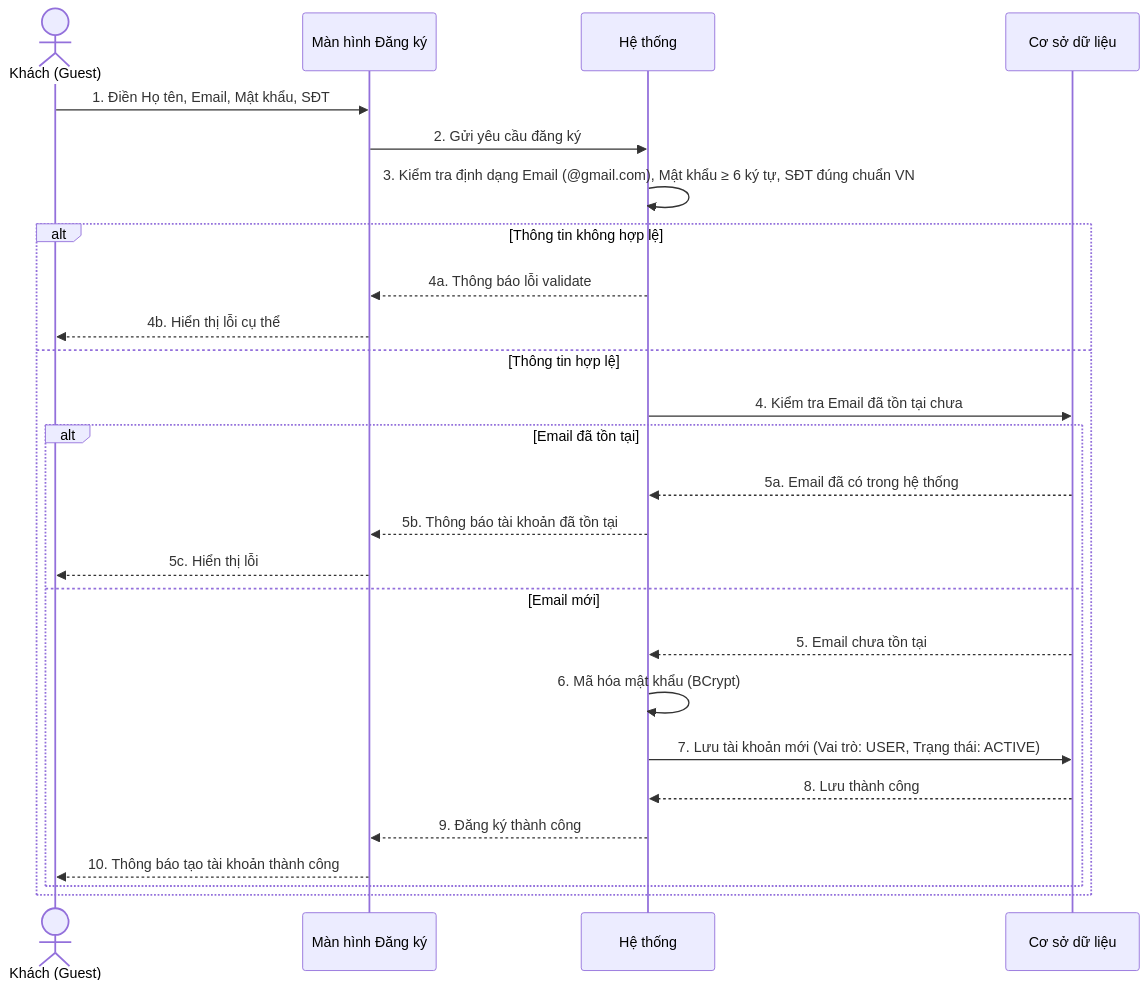
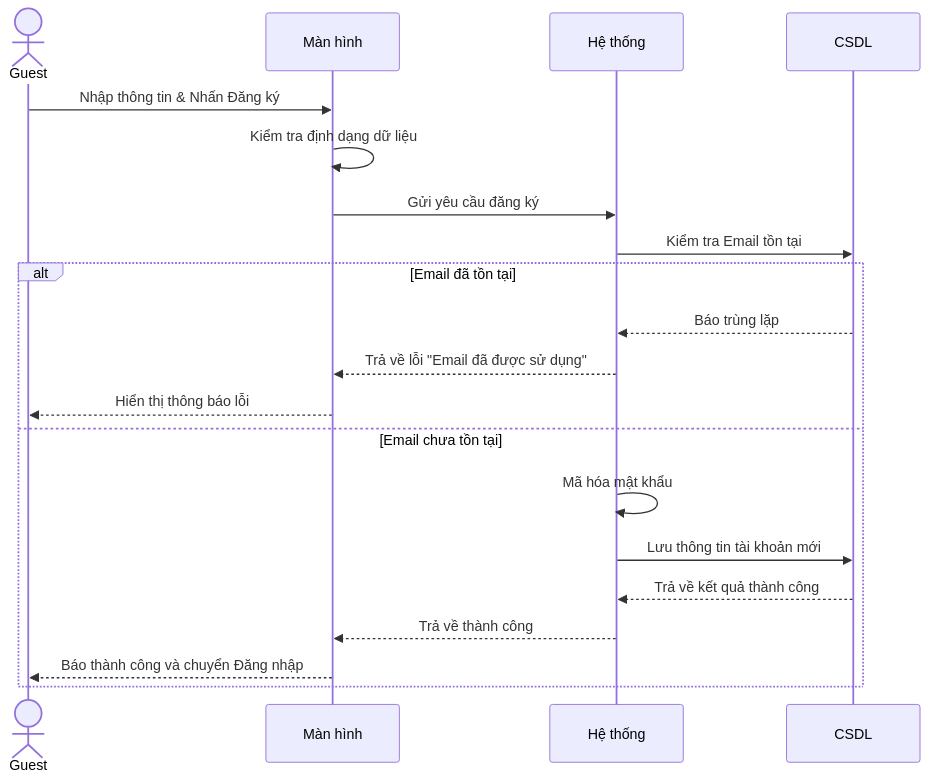
One commit to ChuDucAnh21/BE-quan-ly-su-kien changed the first of 8 diagrams in doc/system_analysis/sequence diagram/05a_sequence_auth_profile.md. Above: the diagram before and after it, drawn with Mermaid. The commit also changed other lines of this file and 14 other files, not shown here.

````diff
--- a/doc/system_analysis/sequence diagram/05a_sequence_auth_profile.md
+++ b/doc/system_analysis/sequence diagram/05a_sequence_auth_profile.md
@@ -15,29 +7,23 @@
 ```mermaid
 sequenceDiagram
-    actor Guest as Khách (Guest)
-    participant UI as Màn hình Đăng ký
-    participant HT as Hệ thống
-    participant DB as Cơ sở dữ liệu
+    actor Guest
+    participant Màn hình
+    participant Hệ thống
+    participant CSDL
 
-    Guest->>UI: 1. Điền Họ tên, Email, Mật khẩu, SĐT
-    UI->>HT: 2. Gửi yêu cầu đăng ký
-    HT->>HT: 3. Kiểm tra định dạng Email (@gmail.com), Mật khẩu ≥ 6 ký tự, SĐT đúng chuẩn VN
-    alt Thông tin không hợp lệ
-        HT-->>UI: 4a. Thông báo lỗi validate
-        UI-->>Guest: 4b. Hiển thị lỗi cụ thể
-    else Thông tin hợp lệ
-        HT->>DB: 4. Kiểm tra Email đã tồn tại chưa
-        alt Email đã tồn tại
-            DB-->>HT: 5a. Email đã có trong hệ thống
-            HT-->>UI: 5b. Thông báo tài khoản đã tồn tại
-            UI-->>Guest: 5c. Hiển thị lỗi
-        else Email mới
-            DB-->>HT: 5. Email chưa tồn tại
-            HT->>HT: 6. Mã hóa mật khẩu (BCrypt)
-            HT->>DB: 7. Lưu tài khoản mới (Vai trò: USER, Trạng thái: ACTIVE)
-            DB-->>HT: 8. Lưu thành công
-            HT-->>UI: 9. Đăng ký thành công
-            UI-->>Guest: 10. Thông báo tạo tài khoản thành công
-        end
+    Guest->>Màn hình: Nhập thông tin & Nhấn Đăng ký
+    Màn hình->>Màn hình: Kiểm tra định dạng dữ liệu
+    Màn hình->>Hệ thống: Gửi yêu cầu đăng ký
+    Hệ thống->>CSDL: Kiểm tra Email tồn tại
+    alt Email đã tồn tại
+        CSDL-->>Hệ thống: Báo trùng lặp
+        Hệ thống-->>Màn hình: Trả về lỗi "Email đã được sử dụng"
+        Màn hình-->>Guest: Hiển thị thông báo lỗi
+    else Email chưa tồn tại
+        Hệ thống->>Hệ thống: Mã hóa mật khẩu
+        Hệ thống->>CSDL: Lưu thông tin tài khoản mới
+        CSDL-->>Hệ thống: Trả về kết quả thành công
+        Hệ thống-->>Màn hình: Trả về thành công
+        Màn hình-->>Guest: Báo thành công và chuyển Đăng nhập
     end
 ```
````
